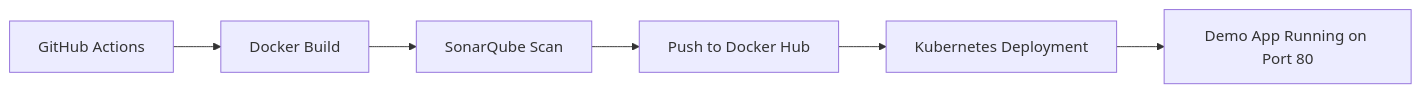
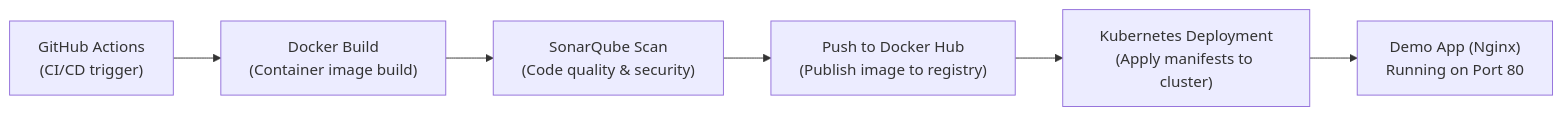
Before and after one commit to obintui10/ci-cd-pipeline-demo: the diagram in README.md, drawn with Mermaid.

````diff
--- a/README.md
+++ b/README.md
@@ -82,8 +82,9 @@
 ```mermaid
 flowchart LR
-    A[GitHub Actions] --> B[Docker Build]
-    B --> C[SonarQube Scan]
-    C --> D[Push to Docker Hub]
-    D --> E[Kubernetes Deployment]
-    E --> F[Demo App Running on Port 80]
+    A["GitHub Actions\n(CI/CD trigger)"] --> B["Docker Build\n(Container image build)"]
+    B --> C["SonarQube Scan\n(Code quality & security)"]
+    C --> D["Push to Docker Hub\n(Publish image to registry)"]
+    D --> E["Kubernetes Deployment\n(Apply manifests to cluster)"]
+    E --> F["Demo App (Nginx)\nRunning on Port 80"]
+
 ```
````
